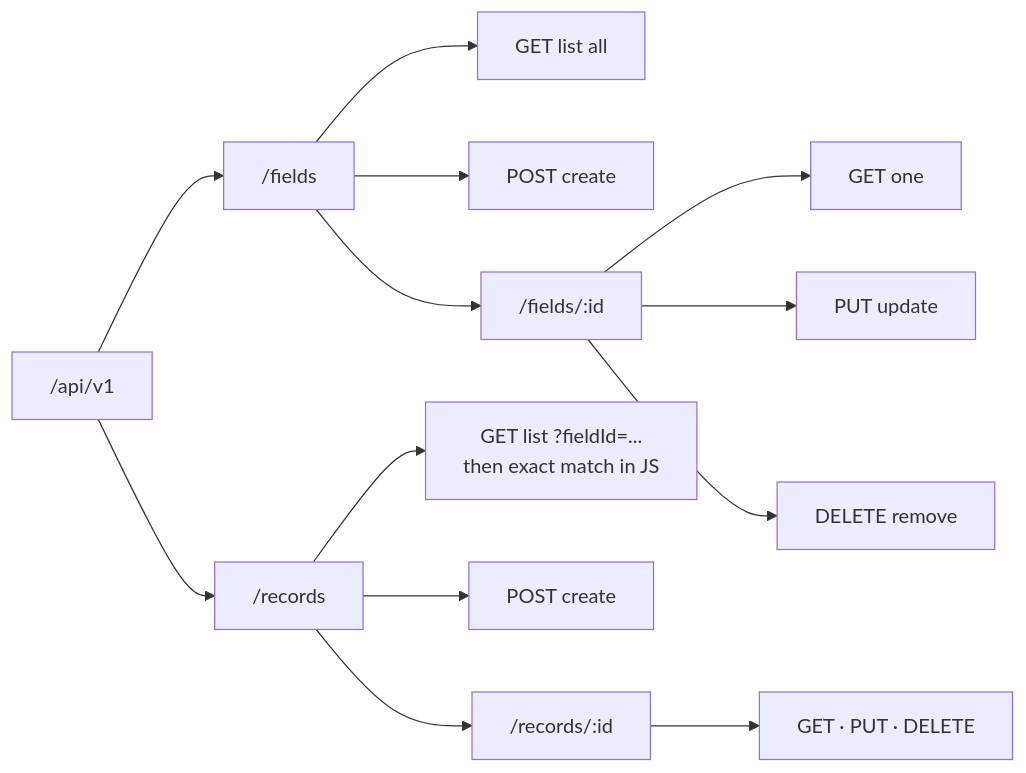
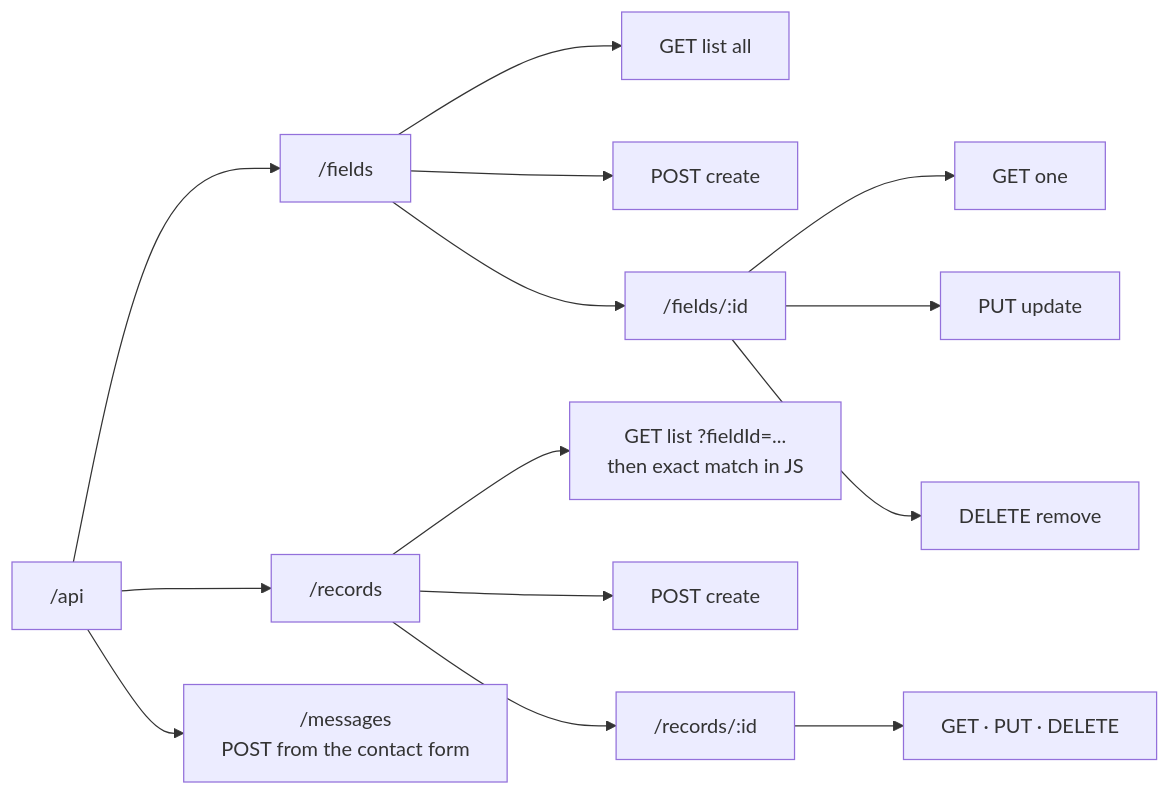
The seventh of 13 diagrams in ARCHITECTURE.md (ViiUnknown/aquaplan), drawn with Mermaid before and after one commit. The commit also changed other lines of this file and 35 other files, not shown here.

````diff
--- a/ARCHITECTURE.md
+++ b/ARCHITECTURE.md
@@ -274,15 +280,16 @@
 ```mermaid
 flowchart LR
-    base["/api/v1"] --> fields["/fields"]
+    base["/api"] --> fields["/fields"]
     base --> records["/records"]
+    base --> messages["/messages<br/>POST from the contact form"]
     fields --> f1["GET  list all"]
     fields --> f2["POST create"]
     fields --> fid["/fields/:id"]
     fid --> f3["GET  one"]
     fid --> f4["PUT  update"]
     fid --> f5["DELETE remove"]
     records --> r1["GET  list ?fieldId=...<br/>then exact match in JS"]
     records --> r2["POST create"]
     records --> rid["/records/:id"]
     rid --> r3["GET · PUT · DELETE"]
 ```
````
